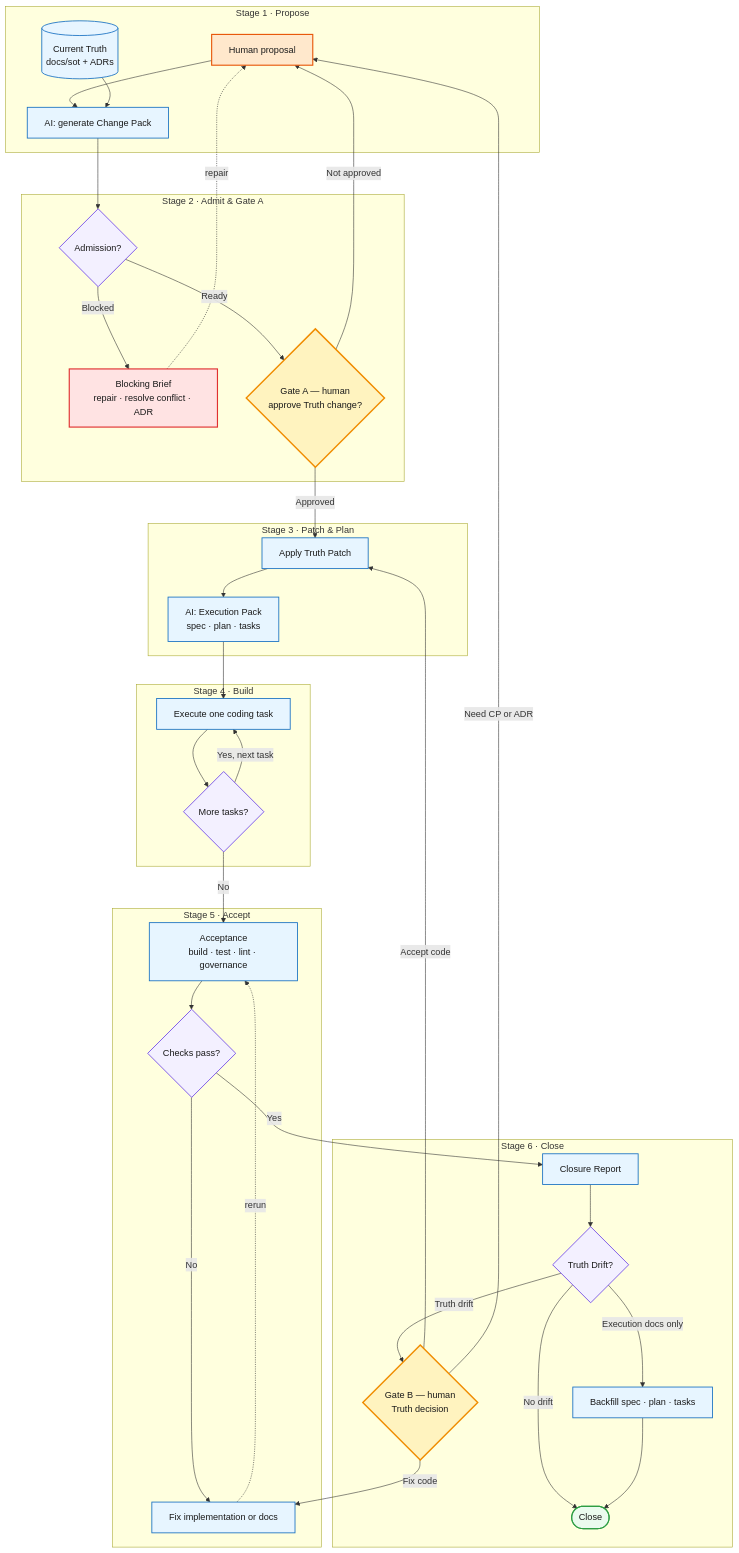
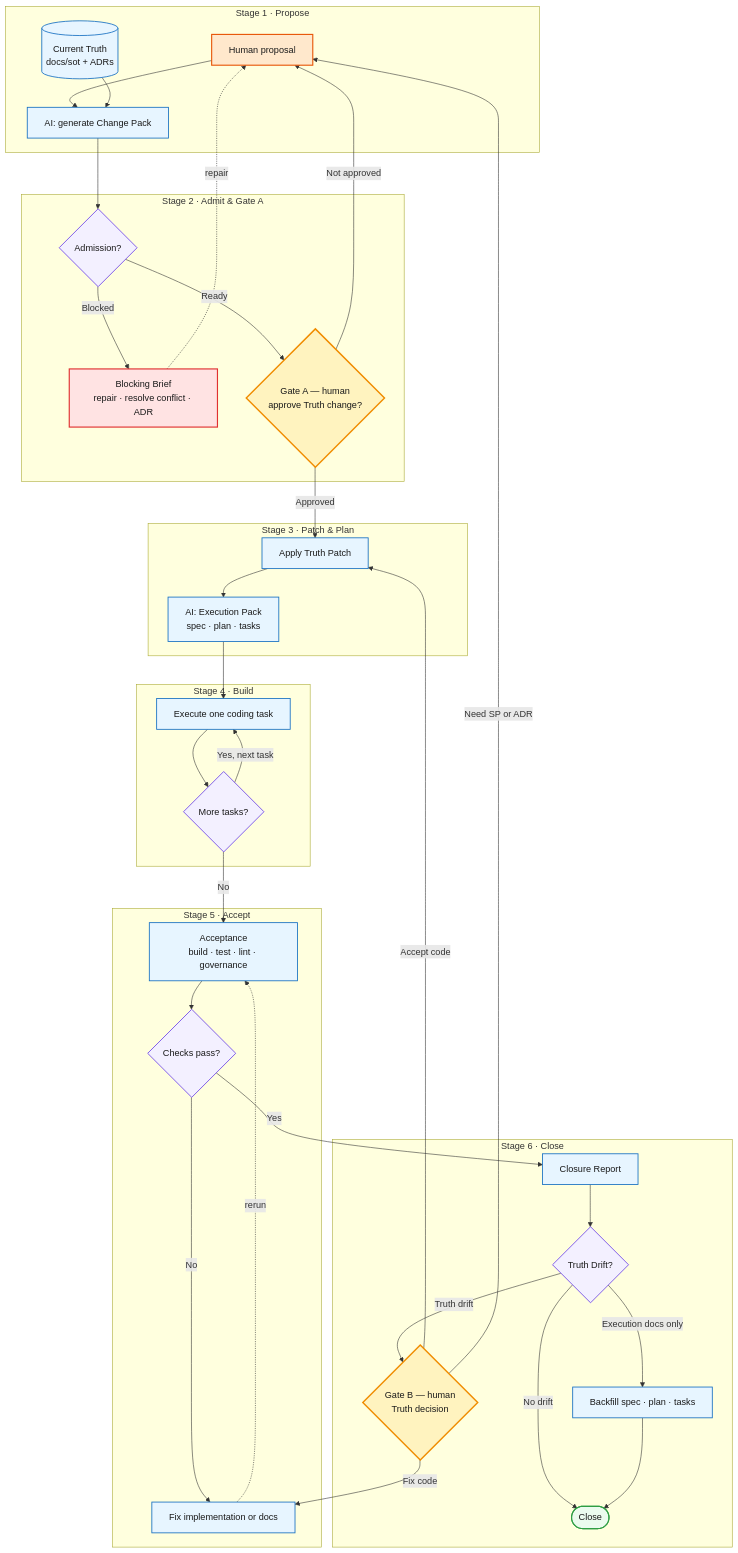
The diagram in README.md (caricent/P2T2C), drawn with Mermaid before and after one commit. The commit also changed 68 other files, not shown here.

````diff
--- a/README.md
+++ b/README.md
@@ -28,71 +28,71 @@
 ```mermaid
 flowchart TD
   classDef human fill:#ffe8cc,stroke:#e8590c,stroke-width:2px,color:#1a1a1a;
   classDef ai fill:#e7f5ff,stroke:#1971c2,stroke-width:1.5px,color:#1a1a1a;
   classDef gate fill:#fff3bf,stroke:#f08c00,stroke-width:2.5px,color:#1a1a1a;
   classDef decision fill:#f3f0ff,stroke:#7048e8,stroke-width:1.5px,color:#1a1a1a;
   classDef stop fill:#ffe3e3,stroke:#e03131,stroke-width:2px,color:#1a1a1a;
   classDef done fill:#ebfbee,stroke:#2f9e44,stroke-width:2px,color:#1a1a1a;
 
   subgraph S1["Stage 1 · Propose"]
     proposal["Human proposal"]:::human
     truth[("Current Truth<br/>docs/sot + ADRs")]:::ai
     change_pack["AI: generate Change Pack"]:::ai
   end
 
   subgraph S2["Stage 2 · Admit &amp; Gate A"]
     admission{"Admission?"}:::decision
     blocking["Blocking Brief<br/>repair · resolve conflict · ADR"]:::stop
     gate_a{"Gate A — human<br/>approve Truth change?"}:::gate
   end
 
   subgraph S3["Stage 3 · Patch &amp; Plan"]
     truth_patch["Apply Truth Patch"]:::ai
     execution_pack["AI: Execution Pack<br/>spec · plan · tasks"]:::ai
   end
 
   subgraph S4["Stage 4 · Build"]
     coding["Execute one coding task"]:::ai
     task_check{"More tasks?"}:::decision
   end
 
   subgraph S5["Stage 5 · Accept"]
     acceptance["Acceptance<br/>build · test · lint · governance"]:::ai
     acceptance_result{"Checks pass?"}:::decision
     fix_code["Fix implementation or docs"]:::ai
   end
 
   subgraph S6["Stage 6 · Close"]
     closure["Closure Report"]:::ai
     drift{"Truth Drift?"}:::decision
     gate_b{"Gate B — human<br/>Truth decision"}:::gate
     backfill["Backfill spec · plan · tasks"]:::ai
     close(["Close"]):::done
   end
 
   proposal --> change_pack
   truth --> change_pack
   change_pack --> admission
   admission -->|Ready| gate_a
   admission -->|Blocked| blocking
   blocking -.->|repair| proposal
   gate_a -->|Approved| truth_patch
   gate_a -->|Not approved| proposal
   truth_patch --> execution_pack
   execution_pack --> coding
   coding --> task_check
   task_check -->|Yes, next task| coding
   task_check -->|No| acceptance
   acceptance --> acceptance_result
   acceptance_result -->|No| fix_code
   fix_code -.->|rerun| acceptance
   acceptance_result -->|Yes| closure
   closure --> drift
   drift -->|No drift| close
   drift -->|Execution docs only| backfill
   backfill --> close
   drift -->|Truth drift| gate_b
   gate_b -->|Fix code| fix_code
   gate_b -->|Accept code| truth_patch
-  gate_b -->|Need CP or ADR| proposal
+  gate_b -->|Need SP or ADR| proposal
 ```
````
